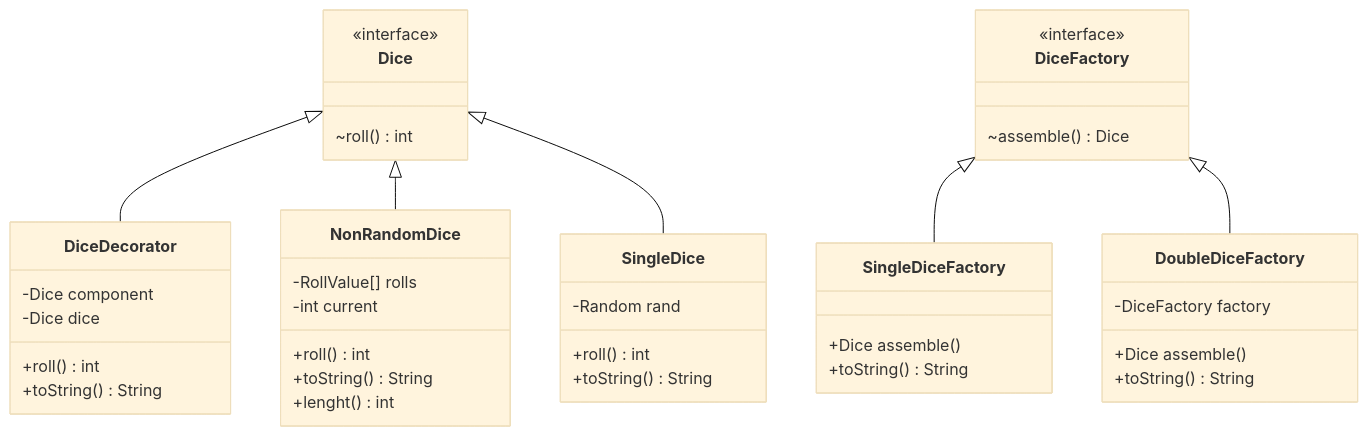
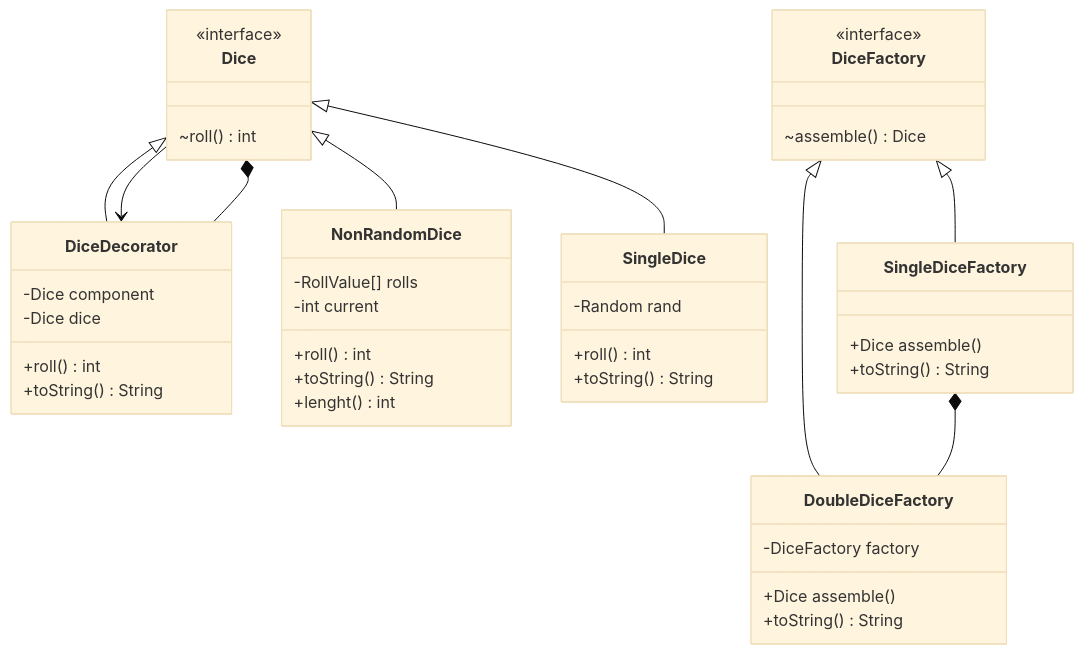
Before and after one commit to Luke3470/DesignPaternsUni: the first of 4 diagrams in README.md, drawn with Mermaid (base theme). The commit also changed other lines of this file, not shown here.

Commit message:
dice Graph Complete

````diff
--- a/README.md
+++ b/README.md
@@ -7,52 +7,55 @@
 ```mermaid
 classDiagram
 
     class Dice {
     <<interface>>
     ~roll() int
     }
 
     class DiceDecorator {
         -Dice component
         -Dice dice
         +roll() int
         +toString() String
     }
 
     class DiceFactory {
         <<interface>>
         ~assemble() Dice
     }
 
 
     class DoubleDiceFactory {
         -DiceFactory factory
         +Dice assemble()
         +toString() String 
     }
     
     class NonRandomDice{
         -RollValue[] rolls
         -int current
         +roll() int
         +toString() String
         +lenght() int
     }
 
     class SingleDice {
         -Random rand
         +roll() int
         +toString() String
     }
 
     class SingleDiceFactory {
         +Dice assemble()
         +toString() String 
     }
     
     Dice <|-- DiceDecorator
+    Dice --> DiceDecorator
+    Dice *-- DiceDecorator
     Dice <|-- NonRandomDice
     Dice <|-- SingleDice
     DiceFactory <|-- SingleDiceFactory
     DiceFactory <|-- DoubleDiceFactory
+    SingleDiceFactory *-- DoubleDiceFactory
 ```
````
